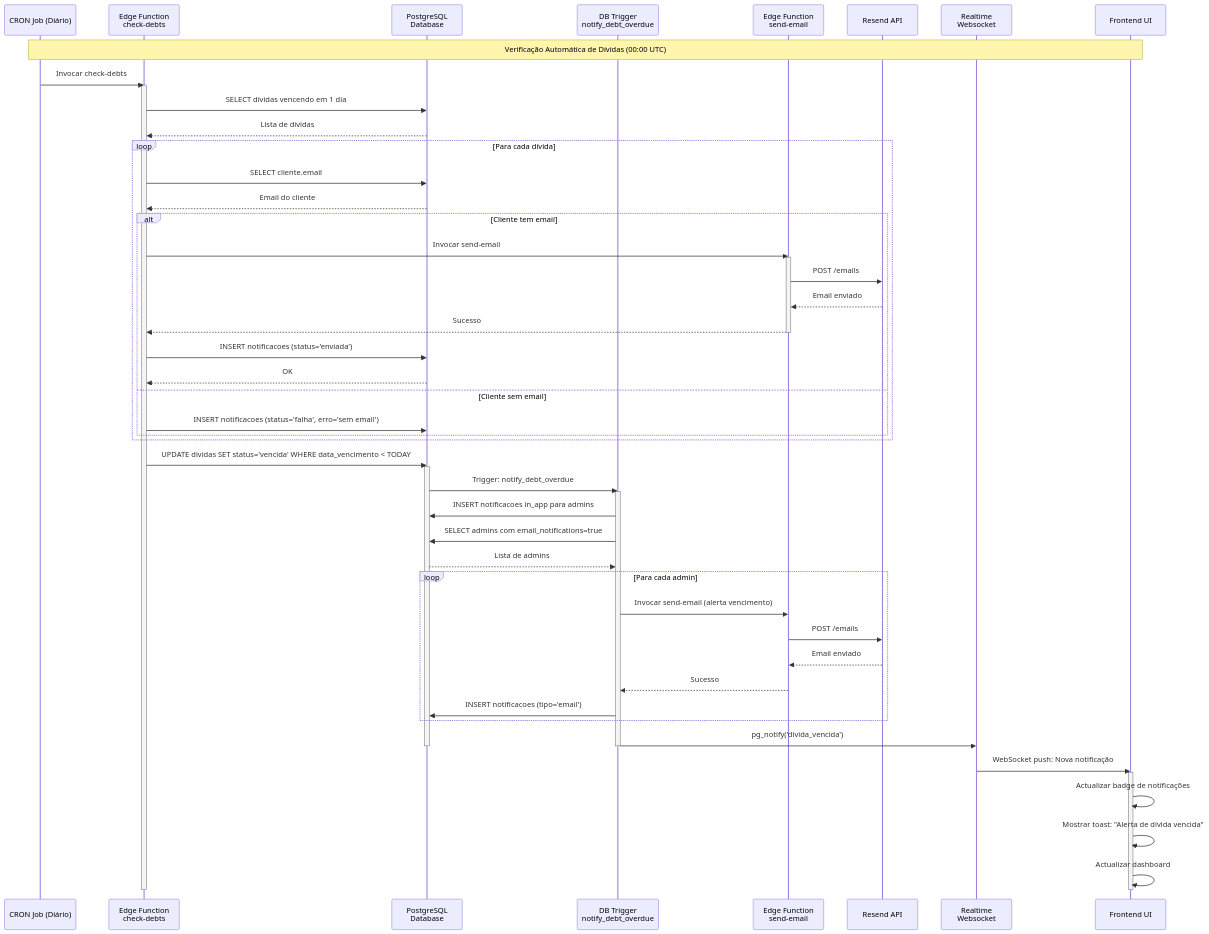
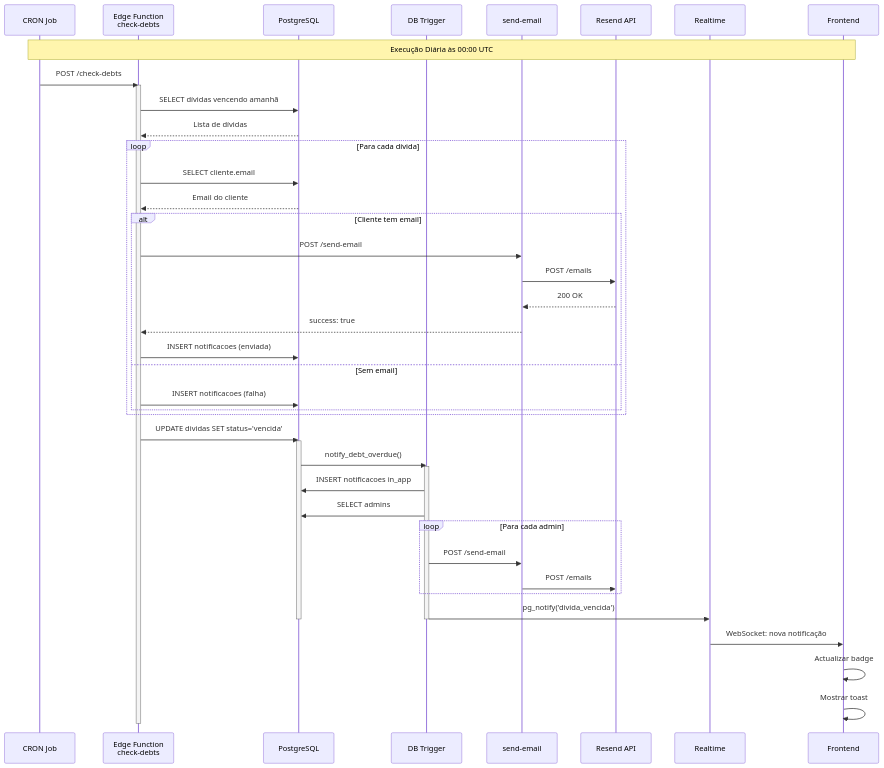
The ninth of 10 diagrams in DOCUMENTACAO_TECNICA_COMPLETA.md (Nilton-Ramim-Pita/ncangaza-debt-watch), drawn with Mermaid before and after one commit. The commit also changed other lines of this file, not shown here.

````diff
--- a/DOCUMENTACAO_TECNICA_COMPLETA.md
+++ b/DOCUMENTACAO_TECNICA_COMPLETA.md
@@ -1221,68 +624,57 @@
 ```mermaid
 sequenceDiagram
-    participant CRON as CRON Job (Diário)
+    participant CRON as CRON Job
     participant EF as Edge Function<br/>check-debts
-    participant DB as PostgreSQL<br/>Database
-    participant Trigger as DB Trigger<br/>notify_debt_overdue
-    participant Email as Edge Function<br/>send-email
+    participant DB as PostgreSQL
+    participant Trigger as DB Trigger
+    participant Email as send-email
     participant Resend as Resend API
-    participant RT as Realtime<br/>Websocket
-    participant UI as Frontend UI
+    participant RT as Realtime
+    participant UI as Frontend
     
-    Note over CRON,UI: Verificação Automática de Dívidas (00:00 UTC)
+    Note over CRON,UI: Execução Diária às 00:00 UTC
     
-    CRON->>EF: Invocar check-debts
+    CRON->>EF: POST /check-debts
     activate EF
     
-    EF->>DB: SELECT dívidas vencendo em 1 dia
+    EF->>DB: SELECT dívidas vencendo amanhã
     DB-->>EF: Lista de dívidas
     
     loop Para cada dívida
         EF->>DB: SELECT cliente.email
         DB-->>EF: Email do cliente
         
         alt Cliente tem email
-            EF->>Email: Invocar send-email
-            activate Email
+            EF->>Email: POST /send-email
             Email->>Resend: POST /emails
-            Resend-->>Email: Email enviado
-            Email-->>EF: Sucesso
-            deactivate Email
-            
-            EF->>DB: INSERT notificacoes (status='enviada')
-            DB-->>EF: OK
-        else Cliente sem email
-            EF->>DB: INSERT notificacoes (status='falha', erro='sem email')
+            Resend-->>Email: 200 OK
+            Email-->>EF: success: true
+            EF->>DB: INSERT notificacoes (enviada)
+        else Sem email
+            EF->>DB: INSERT notificacoes (falha)
         end
     end
     
-    EF->>DB: UPDATE dividas SET status='vencida' WHERE data_vencimento < TODAY
+    EF->>DB: UPDATE dividas SET status='vencida'
     activate DB
-    DB->>Trigger: Trigger: notify_debt_overdue
+    
+    DB->>Trigger: notify_debt_overdue()
     activate Trigger
-    
-    Trigger->>DB: INSERT notificacoes in_app para admins
-    Trigger->>DB: SELECT admins com email_notifications=true
-    DB-->>Trigger: Lista de admins
+    Trigger->>DB: INSERT notificacoes in_app
+    Trigger->>DB: SELECT admins
     
     loop Para cada admin
-        Trigger->>Email: Invocar send-email (alerta vencimento)
+        Trigger->>Email: POST /send-email
         Email->>Resend: POST /emails
-        Resend-->>Email: Email enviado
-        Email-->>Trigger: Sucesso
-        Trigger->>DB: INSERT notificacoes (tipo='email')
     end
     
     Trigger->>RT: pg_notify('divida_vencida')
     deactivate Trigger
     deactivate DB
     
-    RT->>UI: WebSocket push: Nova notificação
-    activate UI
-    UI->>UI: Actualizar badge de notificações
-    UI->>UI: Mostrar toast: "Alerta de dívida vencida"
-    UI->>UI: Actualizar dashboard
-    deactivate UI
+    RT->>UI: WebSocket: nova notificação
+    UI->>UI: Actualizar badge
+    UI->>UI: Mostrar toast
     
     deactivate EF
 ```
````
